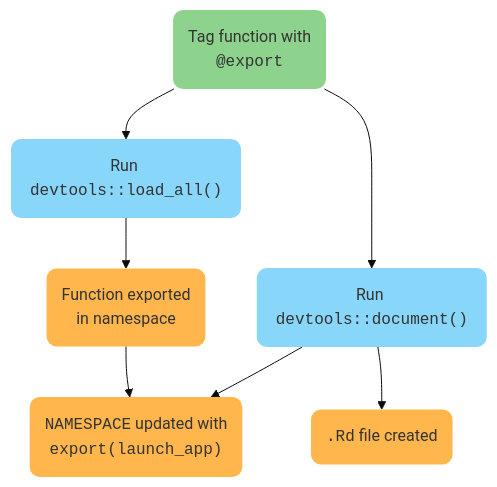
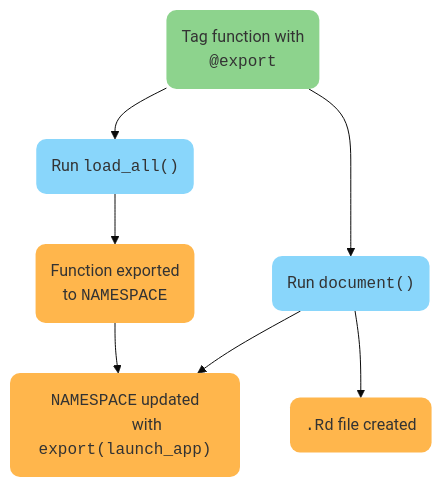
Before and after one commit to mjfrigaard/shiny-app-pkgs: the second of 3 diagrams in dependencies.qmd, drawn with Mermaid. The commit also changed other lines of this file and 85 other files, not shown here.

Commit message:
fix mermaid charts

````diff
--- a/dependencies.qmd
+++ b/dependencies.qmd
@@ -516,28 +516,31 @@
 ```{mermaid}
 %%| fig-width: 6.5
 %%| fig-align: center
 %%| fig-cap: 'The `@export` tag makes a function available to anyone using our package'
 %%{init: {'theme': 'base', 'themeVariables': { 'fontFamily': 'Inconsolata', 'primaryColor': '#89D6FB', 'edgeLabelBackground':'#02577A'}}}%%
 
 flowchart TD
-  Tag("Tag function with\n <code>@export</code>")
-  LoadAll("Run <code>devtools::load_all()</code>")
-  Document("Run <code>devtools::document()</code>")
-  Exported("Function exported\n in namespace")
-  NAMESPACE("<code>NAMESPACE</code> updated with\n <code>export(launch_app)</code>")
+  Tag("Tag function with
+       <code>@export</code>")
+  LoadAll("Run <code>load_all()</code>")
+  Document("Run <code>document()</code>")
+  Exported("Function exported 
+            to <code>NAMESPACE</code>")
+  NAMESPACE("<code>NAMESPACE</code> updated
+            with <code>export(launch_app)</code>")
   RdFile("<code>.Rd</code> file created")
 
   Tag --> LoadAll
   Tag --> Document
   LoadAll --> Exported
   Document --> NAMESPACE
   Document --> RdFile
   Exported --> NAMESPACE
   
   style Tag fill:#8dd38d,stroke:none,rx:10,ry:10;
   style LoadAll fill:#89D6FB,stroke:none,rx:10,ry:10;
   style Document fill:#89D6FB,stroke:none,rx:10,ry:10;
   style Exported fill:#FFB64C,stroke:none,rx:10,ry:10;
   style NAMESPACE fill:#FFB64C,stroke:none,rx:10,ry:10;
   style RdFile fill:#FFB64C,stroke:none,rx:10,ry:10;
 ```
````
